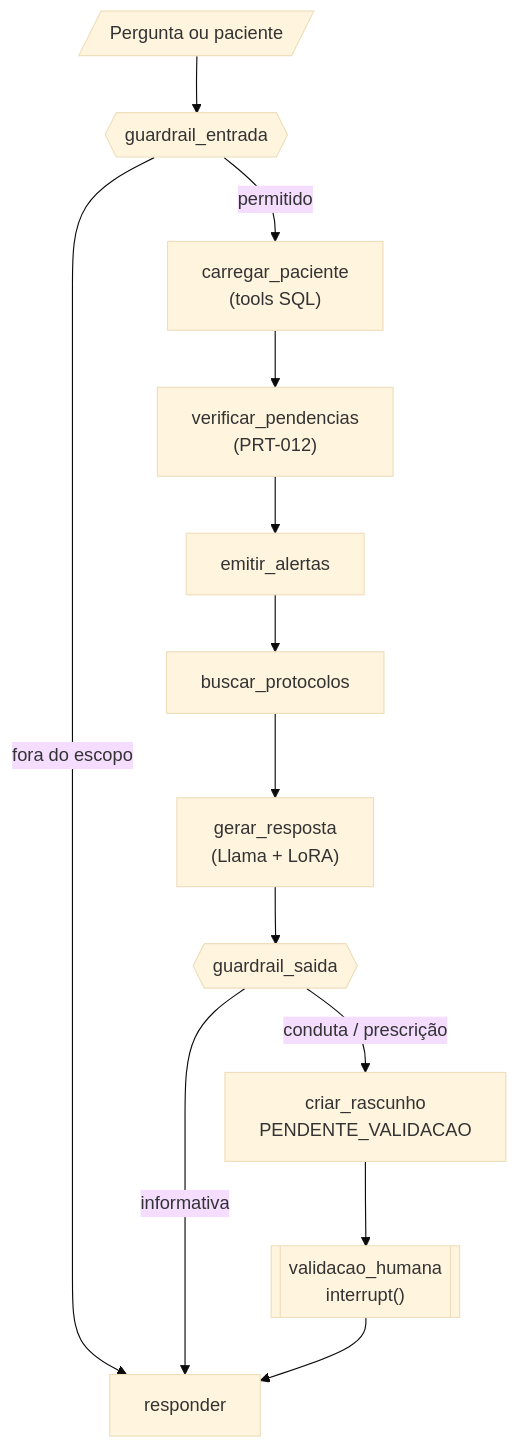
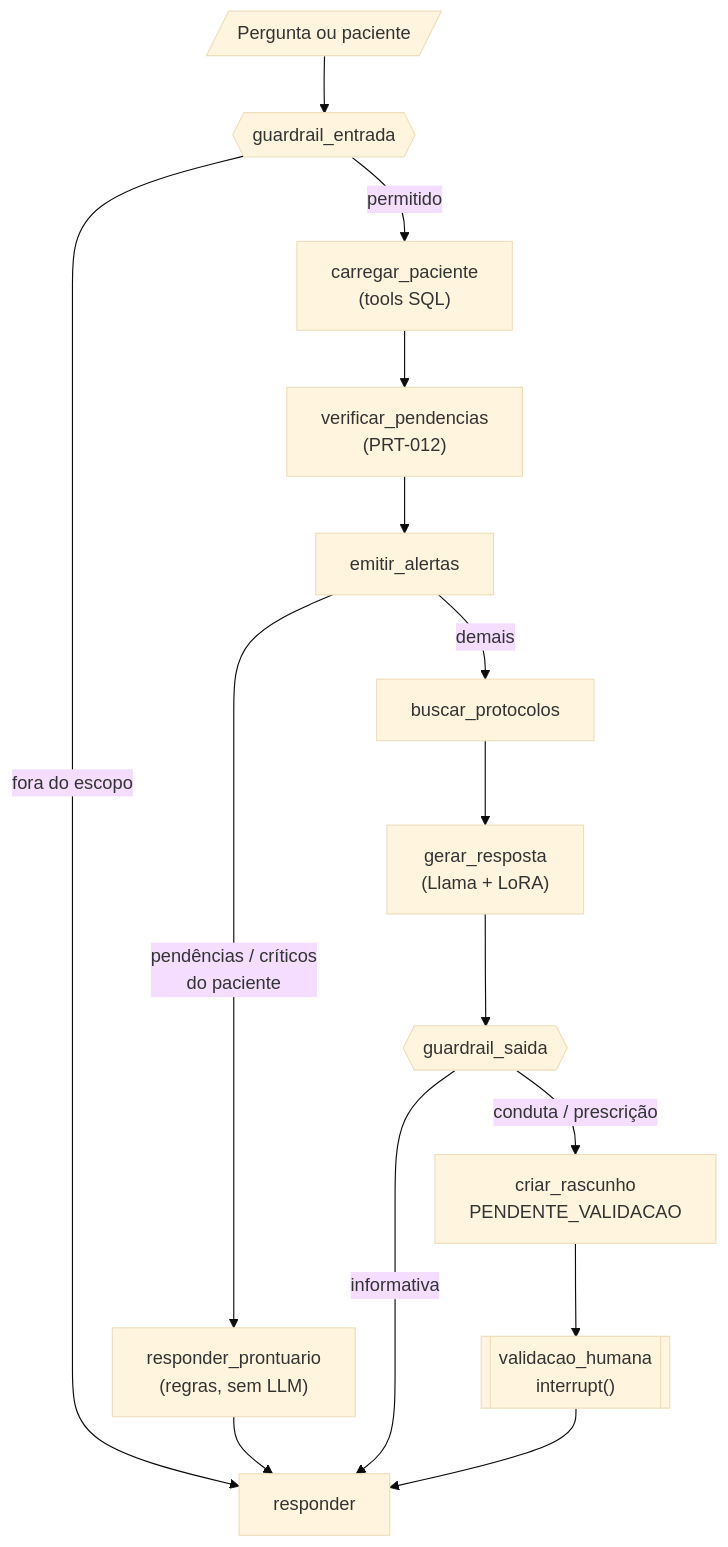
The second of 2 diagrams in docs/relatorio_tecnico.md (rafaelbarrosleite/fiap-techchallenge-fase3), drawn with Mermaid (base theme) before and after one commit. The commit also changed other lines of this file and 12 other files, not shown here.

Commit message:
feat: guardrail de aderência e respostas do prontuário sem LLM; relatório atualizado

````diff
--- a/docs/relatorio_tecnico.md
+++ b/docs/relatorio_tecnico.md
@@ -206,15 +206,17 @@
 ```mermaid
 flowchart TD
     IN[/"Pergunta ou paciente"/] --> GE{{"guardrail_entrada"}}
     GE -- "fora do escopo" --> RESP
     GE -- permitido --> CP["carregar_paciente<br/>(tools SQL)"]
     CP --> VP["verificar_pendencias<br/>(PRT-012)"]
     VP --> AL["emitir_alertas"]
-    AL --> BP["buscar_protocolos"]
+    AL -- "pendências / críticos<br/>do paciente" --> RP["responder_prontuario<br/>(regras, sem LLM)"]
+    RP --> RESP
+    AL -- demais --> BP["buscar_protocolos"]
     BP --> GR["gerar_resposta<br/>(Llama + LoRA)"]
     GR --> GS{{"guardrail_saida"}}
     GS -- informativa --> RESP
     GS -- "conduta / prescrição" --> RA["criar_rascunho<br/>PENDENTE_VALIDACAO"]
     RA --> HV[["validacao_humana<br/>interrupt()"]]
     HV --> RESP["responder"]
 ```
````
